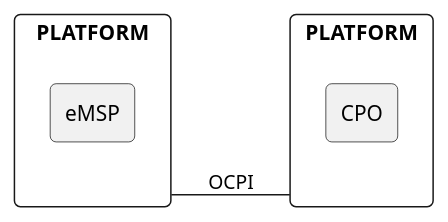
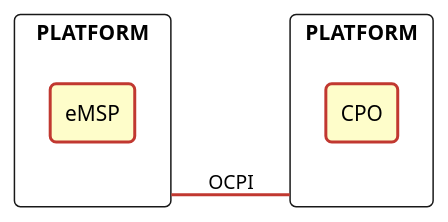
Before and after one commit to aasanchez/ev-protocols: the diagram in docs/03-supported-topologies/02-peer-to-peer.md, drawn with PlantUML. The commit also changed 10 other files, not shown here.

Commit message:
Improving uml charts

````diff
--- a/docs/03-supported-topologies/02-peer-to-peer.md
+++ b/docs/03-supported-topologies/02-peer-to-peer.md
@@ -10,24 +10,32 @@
 ```plantuml Figure 1. peer-to-peer topology example
 @startuml
 
+skinparam backgroundColor transparent
+skinparam ArrowColor      #c13830
+skinparam ArrowThickness  2
+
 skinparam agent {
-  roundCorner 8
+  BackgroundColor   #fefdca
+  BorderColor       #c13830
+  BorderThickness   2
+  roundCorner       8
 }
 
 skinparam rectangle {
-  roundCorner 8
+  BackgroundColor #fff
+  roundCorner     8
 }
 
 left to right direction
 
 rectangle PLATFORM as eMSPP {
   agent eMSP
 }
 
 rectangle PLATFORM as CPOP {
   agent CPO
 }
 eMSPP -- CPOP: OCPI
 
 @enduml
 ```
````
